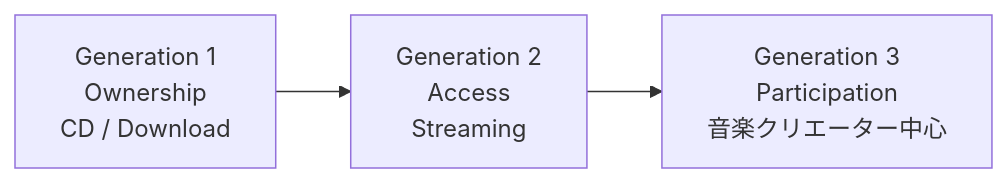
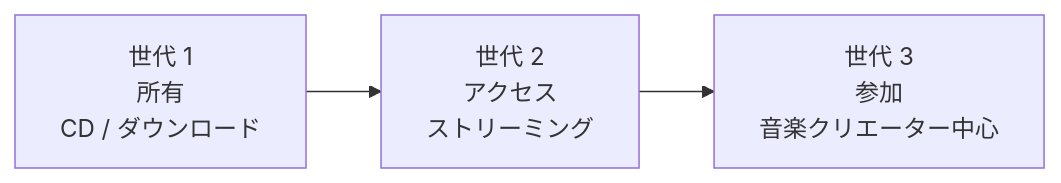
Diagram 11 of 11 in docs/whitepaper/02-market.md (ShigeichiroYamasaki/creator-first-platform), drawn with Mermaid before and after one commit. The commit also changed other lines of this file and 72 other files, not shown here.

````diff
--- a/docs/whitepaper/02-market.md
+++ b/docs/whitepaper/02-market.md
@@ -423,8 +423,8 @@
 ```mermaid
 flowchart LR
-    G1[Generation 1<br/>Ownership<br/>CD / Download]
-    G2[Generation 2<br/>Access<br/>Streaming]
-    G3[Generation 3<br/>Participation<br/>音楽クリエーター中心]
+    G1[世代 1<br/>所有<br/>CD / ダウンロード]
+    G2[世代 2<br/>アクセス<br/>ストリーミング]
+    G3[世代 3<br/>参加<br/>音楽クリエーター中心]
 
     G1 --> G2 --> G3
 ```
````
